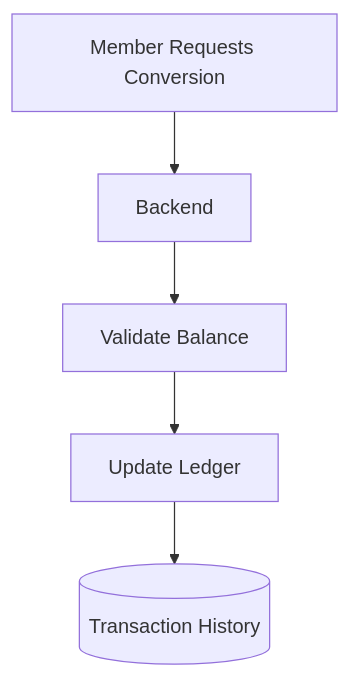
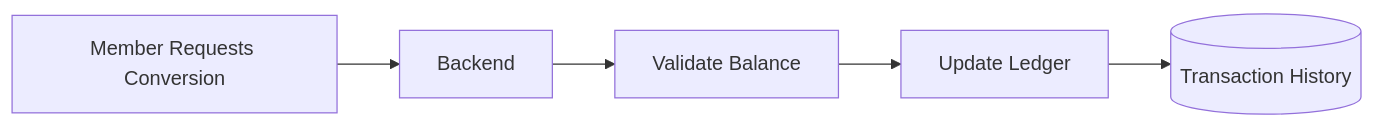
Before and after one commit to YashKerkarTech04/YAR-Coin-2.0: the ninth of 10 diagrams in README.md, drawn with Mermaid. The commit also changed other lines of this file, not shown here.

````diff
--- a/README.md
+++ b/README.md
@@ -212,7 +205,7 @@
 ```mermaid
-flowchart TD
+flowchart LR
     A[Member Requests Conversion] --> B[Backend]
     B --> C[Validate Balance]
     C --> D[Update Ledger]
     D --> E[(Transaction History)]
 ```
````
